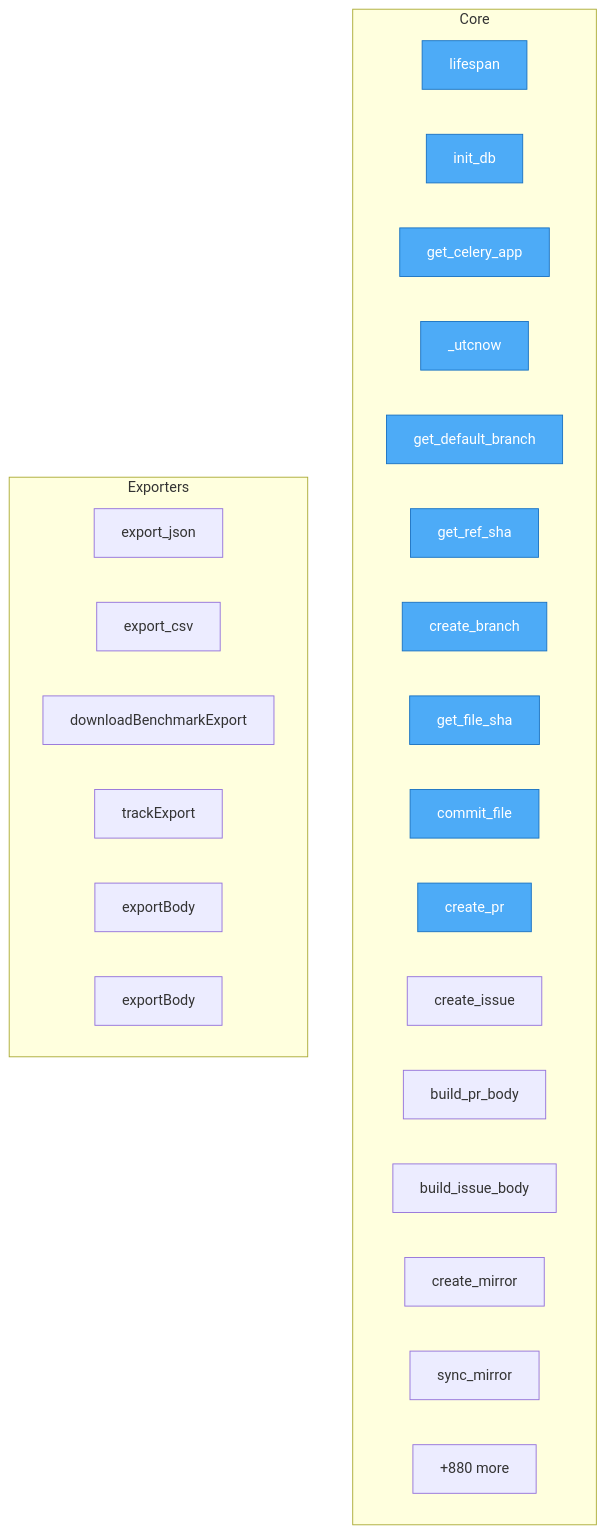
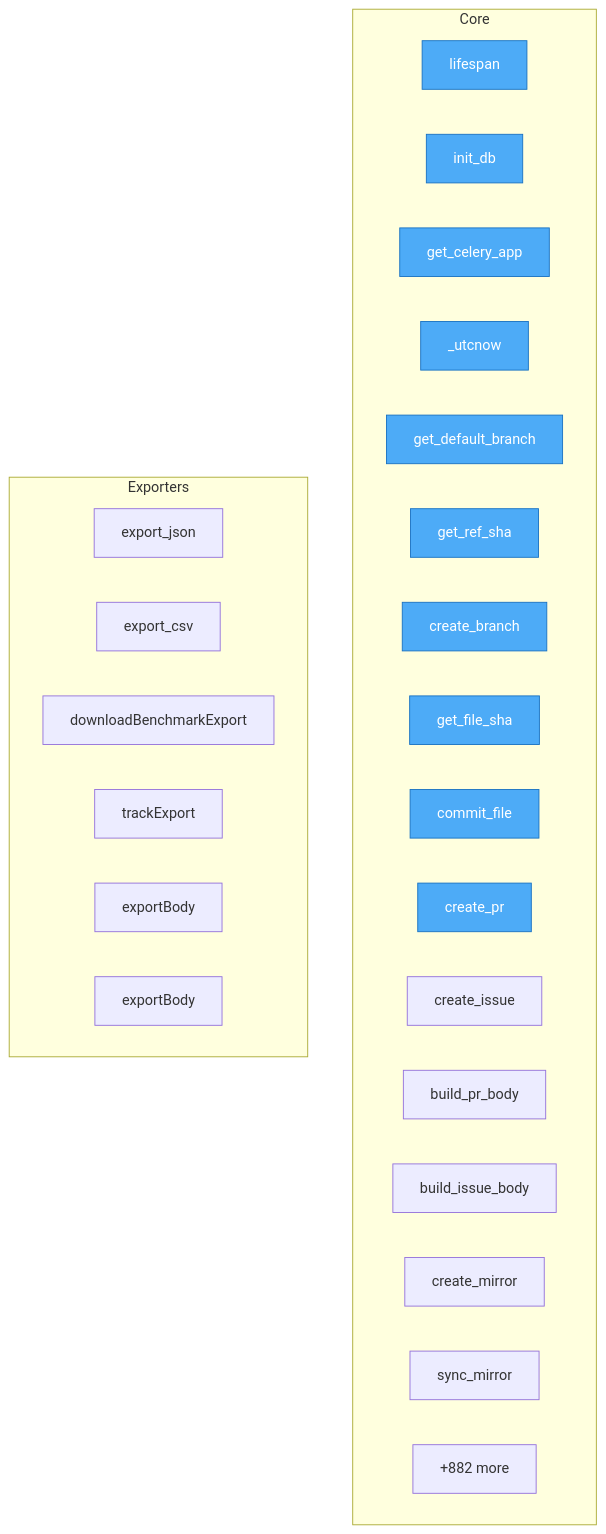
Before and after one commit to semcod/www: the diagram in project/flow.mmd, drawn with Mermaid. The commit also changed 22 other files, not shown here.

```diff
--- a/project/flow.mmd
+++ b/project/flow.mmd
@@ -1,34 +1,34 @@
 flowchart TD
 
     %% Entry points (blue)
     classDef entry fill:#4dabf7,stroke:#1971c2,color:#fff
 
     subgraph Core
         backend__server__lifespan["lifespan"]
         backend__db_session__init_db["init_db"]
         backend__worker__get_celery_app["get_celery_app"]
         backend__db_models___utcnow["_utcnow"]
         backend__services__autopr_helpers__BranchManager__get_default_branch["get_default_branch"]
         backend__services__autopr_helpers__BranchManager__get_ref_sha["get_ref_sha"]
         backend__services__autopr_helpers__BranchManager__create_branch["create_branch"]
         backend__services__autopr_helpers__PatchApplier__get_file_sha["get_file_sha"]
         backend__services__autopr_helpers__PatchApplier__commit_file["commit_file"]
         backend__services__autopr_helpers__PRCreator__create_pr["create_pr"]
         backend__services__autopr_helpers__PRCreator__create_issue["create_issue"]
         backend__services__autopr_helpers__PRCreator__build_pr_body["build_pr_body"]
         backend__services__autopr_helpers__PRCreator__build_issue_body["build_issue_body"]
         backend__services__mirror__MirrorService__create_mirror["create_mirror"]
         backend__services__mirror__MirrorService__sync_mirror["sync_mirror"]
-        ...["+880 more"]
+        ...["+882 more"]
     end
 
     subgraph Exporters
         backend__routers__benchmark__export_json["export_json"]
         backend__routers__benchmark__export_csv["export_csv"]
         frontend__src__api__downloadBenchmarkExport["downloadBenchmarkExport"]
         frontend__src__hooks__useBenchmarkTracking__trackExport["trackExport"]
         frontend__e2e__benchmark__spec__exportBody["exportBody"]
         frontend__e2e__system_integration__spec__exportBody["exportBody"]
     end
 
     class backend__server__lifespan,backend__db_session__init_db,backend__worker__get_celery_app,backend__db_models___utcnow,backend__services__autopr_helpers__BranchManager__get_default_branch,backend__services__autopr_helpers__BranchManager__get_ref_sha,backend__services__autopr_helpers__BranchManager__create_branch,backend__services__autopr_helpers__PatchApplier__get_file_sha,backend__services__autopr_helpers__PatchApplier__commit_file,backend__services__autopr_helpers__PRCreator__create_pr entry
```
